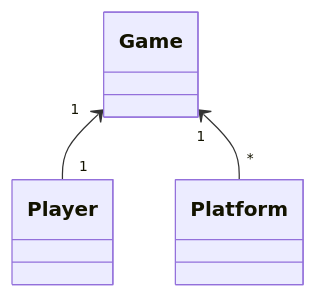
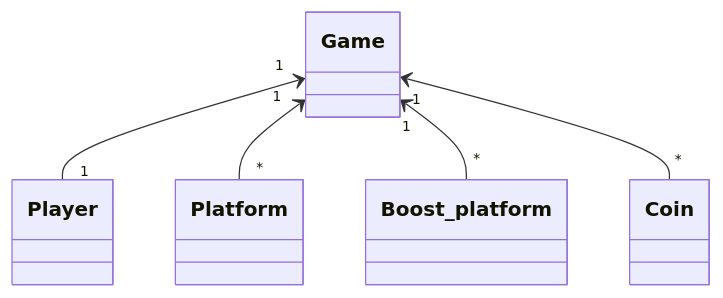
Before and after one commit to lahlint/ot-harjoitustyo: the diagram in dokumentaatio/arkkitehtuuri.md, drawn with Mermaid. The commit also changed other lines of this file, not shown here.

````diff
--- a/dokumentaatio/arkkitehtuuri.md
+++ b/dokumentaatio/arkkitehtuuri.md
@@ -1,6 +5,8 @@
 ```mermaid
  classDiagram
       Game "1" <-- "1" Player
       Game "1" <-- "*" Platform
+      Game "1" <-- "*" Boost_platform
+      Game "1" <-- "*" Coin
       
 ```
````
